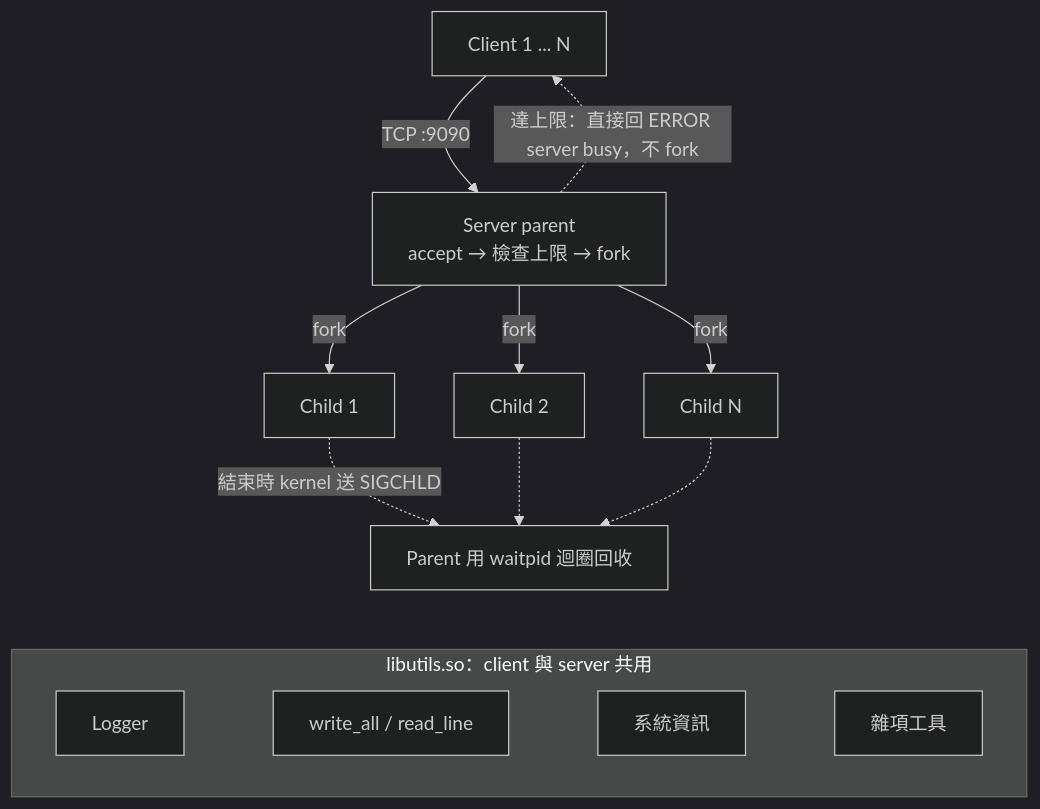
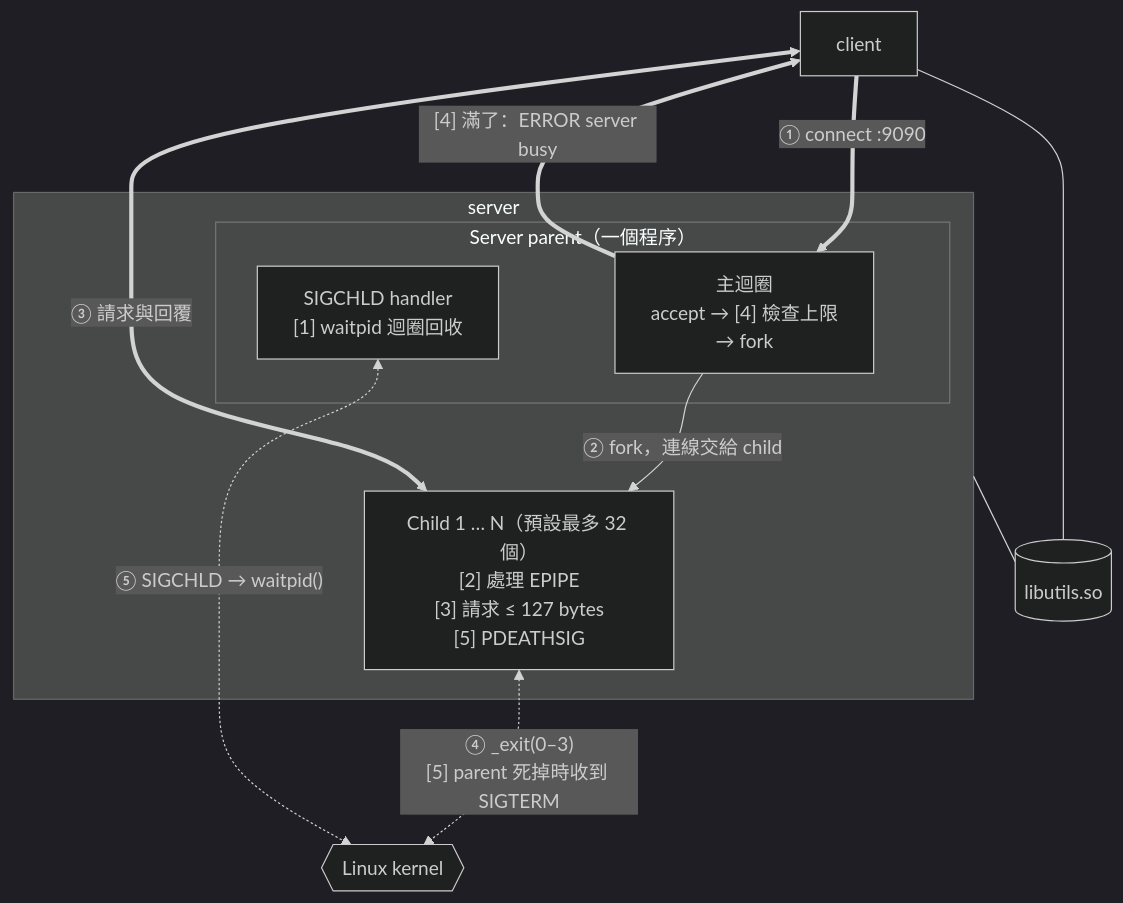
One commit to t115ab8044/NP_SysInfo changed the first of 2 diagrams in docs/system-design.md. Above: the diagram before and after it, drawn with Mermaid (dark theme). The commit also changed other lines of this file, not shown here.

Commit message:
Redraw the system architecture and flow diagrams
The architecture diagram now shows the request and reply going straight
between client and child, the parent as one process (main loop plus
SIGCHLD handler), the kernel that carries exit and signals, both binaries
linking libutils.so, and where mechanisms [1]-[5] act, with a legend.
The sequence diagram adds the parent's close(cfd), the child's
close(lfd) and the kernel's part in reaping.

````diff
--- a/docs/system-design.md
+++ b/docs/system-design.md
@@ -20,16 +20,22 @@
 ```mermaid
 flowchart TD
-    C["Client 1 ... N"] -->|"TCP :9090"| P["Server parent<br/>accept → 檢查上限 → fork"]
-    P -->|fork| K1["Child 1"]
-    P -->|fork| K2["Child 2"]
-    P -->|fork| KN["Child N"]
-    P -.->|"達上限：直接回 ERROR server busy，不 fork"| C
-    K1 -.->|"結束時 kernel 送 SIGCHLD"| R["Parent 用 waitpid 迴圈回收"]
-    K2 -.-> R
-    KN -.-> R
-    subgraph SO["libutils.so：client 與 server 共用"]
-        direction LR
-        L1["Logger"] ~~~ L2["write_all / read_line"] ~~~ L3["系統資訊"] ~~~ L4["雜項工具"]
+    C["client"]
+    subgraph SRV["server"]
+        subgraph P["Server parent（一個程序）"]
+            A["主迴圈<br/>accept → [4] 檢查上限<br/>→ fork"]
+            H["SIGCHLD handler<br/>[1] waitpid 迴圈回收"]
+        end
+        K["Child 1 … N（預設最多 32 個）<br/>[2] 處理 EPIPE<br/>[3] 請求 ≤ 127 bytes<br/>[5] PDEATHSIG"]
     end
-    R ~~~ SO
+    OS{{"Linux kernel"}}
+    SO[("libutils.so")]
+
+    C ==>|"① connect :9090"| A
+    A ==>|"[4] 滿了：ERROR server busy"| C
+    A -->|"② fork，連線交給 child"| K
+    C <==>|"③ 請求與回覆"| K
+    K <-.->|"④ _exit(0–3)<br/>[5] parent 死掉時收到 SIGTERM"| OS
+    H <-.->|"⑤ SIGCHLD → waitpid()"| OS
+    C --- SO
+    SRV --- SO
 ```
````
